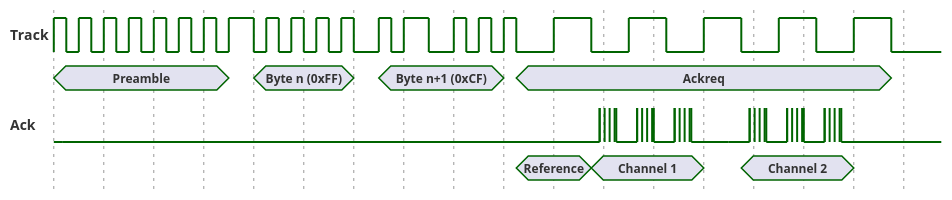
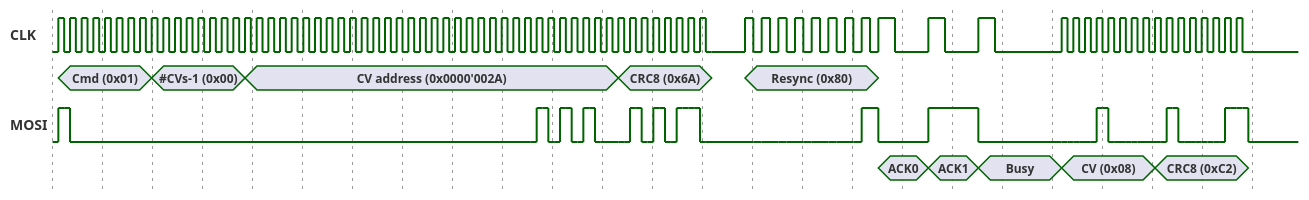
One commit to ZIMO-Elektronik/ZUSI changed the diagram in data/transmission.pu. Above: the diagram before and after it, drawn with PlantUML. The commit also changed 7 other files, not shown here.

```diff
--- a/data/transmission.pu
+++ b/data/transmission.pu
@@ -4,94 +4,337 @@
 scale 300 as 50 pixels
 hide time-axis
 
-binary "Track" as T
-T is 50 pixels height
+binary "CLK" as CLK
+CLK is 50 pixels height
 
 concise " " as RX
 
-binary "Ack" as ACK
-ACK is 50 pixels height
+binary "MOSI" as MOSI
+MOSI is 50 pixels height
 
 concise " " as TX
 
-@T
-0 is high
-+75 is low
-+75 is high
-+75 is low
-+75 is high
-+75 is low
-+75 is high
-+75 is low
-+75 is high
-+75 is low
-+75 is high
-+75 is low
-+75 is high
-+75 is low
-+75 is high
-+150 is low
-+75 is high
-+75 is low
-+75 is high
-+75 is low
-+75 is high
-+75 is low
-+75 is high
-+75 is low
-+150 is high
-+75 is low
-+75 is high
-+150 is low
-+150 is high
-+75 is low
-+75 is high
-+75 is low
-+75 is high
-+75 is low
-+225 is high
-+225 is low
-+225 is high
-+225 is low
-+225 is high
-+225 is low
-+225 is high
-+225 is low
-+225 is high
-+225 is low
+@CLK
+' Clock idle is low
+0 is low
+
+' Data idle can be whatever
++35 is high
++35 is low
++35 is high
++35 is low
++35 is high
++35 is low
++35 is high
++35 is low
++35 is high
++35 is low
++35 is high
++35 is low
++35 is high
++35 is low
++35 is high
++35 is low
+
+595 is high
++35 is low
++35 is high
++35 is low
++35 is high
++35 is low
++35 is high
++35 is low
++35 is high
++35 is low
++35 is high
++35 is low
++35 is high
++35 is low
++35 is high
++35 is low
+
+1155 is high
++35 is low
++35 is high
++35 is low
++35 is high
++35 is low
++35 is high
++35 is low
++35 is high
++35 is low
++35 is high
++35 is low
++35 is high
++35 is low
++35 is high
++35 is low
+
+1715 is high
++35 is low
++35 is high
++35 is low
++35 is high
++35 is low
++35 is high
++35 is low
++35 is high
++35 is low
++35 is high
++35 is low
++35 is high
++35 is low
++35 is high
++35 is low
+
+2275 is high
++35 is low
++35 is high
++35 is low
++35 is high
++35 is low
++35 is high
++35 is low
++35 is high
++35 is low
++35 is high
++35 is low
++35 is high
++35 is low
++35 is high
++35 is low
+
+2835 is high
++35 is low
++35 is high
++35 is low
++35 is high
++35 is low
++35 is high
++35 is low
++35 is high
++35 is low
++35 is high
++35 is low
++35 is high
++35 is low
++35 is high
++35 is low
+
+3395 is high
++35 is low
++35 is high
++35 is low
++35 is high
++35 is low
++35 is high
++35 is low
++35 is high
++35 is low
++35 is high
++35 is low
++35 is high
++35 is low
++35 is high
++35 is low
+
+' Small delay prior to resync
+3955 is low
++200 is low
+
+' Resync
+4155 is high
++50 is low
++50 is high
++50 is low
++50 is high
++50 is low
++50 is high
++50 is low
++50 is high
++50 is low
++50 is high
++50 is low
++50 is high
++50 is low
++50 is high
++50 is low
+
+' ACK valid
+4955 is high
++100 is low
+
+' ACK
+5255 is high
++100 is low
+
+' Busy
+5555 is high
++100 is low
+
+' CV
+6055 is high
++35 is low
++35 is high
++35 is low
++35 is high
++35 is low
++35 is high
++35 is low
++35 is high
++35 is low
++35 is high
++35 is low
++35 is high
++35 is low
++35 is high
++35 is low
+
+' CRC8
+6615 is high
++35 is low
++35 is high
++35 is low
++35 is high
++35 is low
++35 is high
++35 is low
++35 is high
++35 is low
++35 is high
++35 is low
++35 is high
++35 is low
++35 is high
++35 is low
 
 @RX
-0 is Preamble
-+1050 is {hidden}
-+150 is "Byte n (0xFF)"
-+600 is {hidden}
-+150 is "Byte n+1 (0xCF)"
-+750 is {hidden}
-+75 is Ackreq
-+2250 is {hidden}
+0 is {hidden}
++35 is "Cmd (0x01)"
+595 is "~#CVs-1 (0x00)"
++560 is "CV address (0x0000'002A)"
++2240 is "CRC8 (0x6A)"
++560 is {hidden}
+4155 is "Resync (0x80)"
++800 is {hidden}
 
-@ACK
+@MOSI
+' Data idle can be whatever
 0 is low
+
+' Command
++35 is high
++35 is high
++35 is low
+
+' CV address
+2835 is low
++35 is low
++35 is high
++35 is high
++35 is low
++35 is low
++35 is high
++35 is high
++35 is low
++35 is low
++35 is high
++35 is high
++35 is low
++35 is low
+
+' CRC8
+3395 is low
++35 is low
++35 is high
++35 is high
++35 is low
++35 is low
++35 is high
++35 is high
++35 is low
++35 is low
++35 is high
++35 is high
++35 is high
++35 is high
++35 is low
++35 is low
+
+' Resync
+4155 is low
 +50 is low
-+3225 is {low,high}
-+100 is low
-+125 is {low,high}
-+100 is low
-+125 is {low,high}
-+100 is low
-+225 is low
-+125 is {low,high}
-+100 is low
-+125 is {low,high}
-+100 is low
-+125 is {low,high}
++50 is low
++50 is low
++50 is low
++50 is low
++50 is low
++50 is low
++50 is low
++50 is low
++50 is low
++50 is low
++50 is low
++50 is low
++50 is high
++50 is high
++50 is low
+
+' ACK valid
+4955 is low
 +100 is low
 
+' ACK
+5255 is high
++100 is high
+
+' Busy
+5555 is low
++100 is low
++400 is high
+
+' CV
+6055 is low
++35 is low
++35 is low
++35 is low
++35 is low
++35 is low
++35 is high
++35 is high
++35 is low
++35 is low
++35 is low
++35 is low
++35 is low
++35 is low
+
+' CRC8
+6615 is low
++35 is low
++35 is high
++35 is high
++35 is low
++35 is low
++35 is low
++35 is low
++35 is low
++35 is low
++35 is low
++35 is low
++35 is high
++35 is high
++35 is high
++35 is high
++35 is low
+
 @TX
-2775 is Reference
-+450 is "Channel 1"
-+675 is {hidden}
-+225 is "Channel 2"
-+675 is {hidden}
+0 is {hidden}
+4955 is ACK0
+5255 is ACK1
+5555 is Busy
+6055 is "CV (0x08)"
+6615 is "CRC8 (0xC2)"
+7175 is {hidden}
 
 @enduml
```
